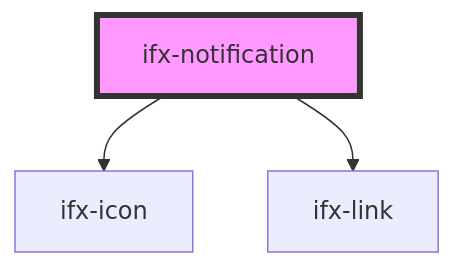
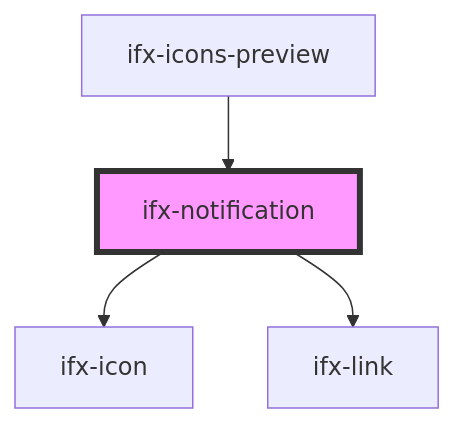
The diagram in packages/components/src/components/notification/readme.md (Infineon/infineon-design-system-stencil), drawn with Mermaid before and after one commit. The commit also changed other lines of this file and 4 other files, not shown here.

````diff
--- a/packages/components/src/components/notification/readme.md
+++ b/packages/components/src/components/notification/readme.md
@@ -27,6 +31,7 @@
 ```mermaid
 graph TD;
   ifx-notification --> ifx-icon
   ifx-notification --> ifx-link
+  ifx-icons-preview --> ifx-notification
   style ifx-notification fill:#f9f,stroke:#333,stroke-width:4px
 ```
````
